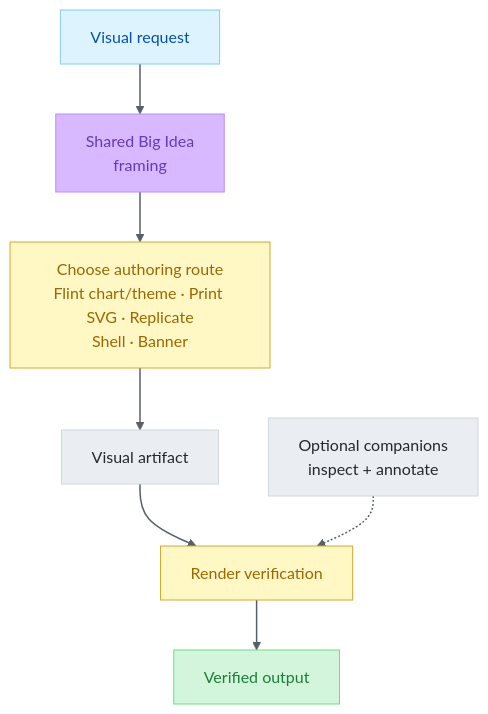
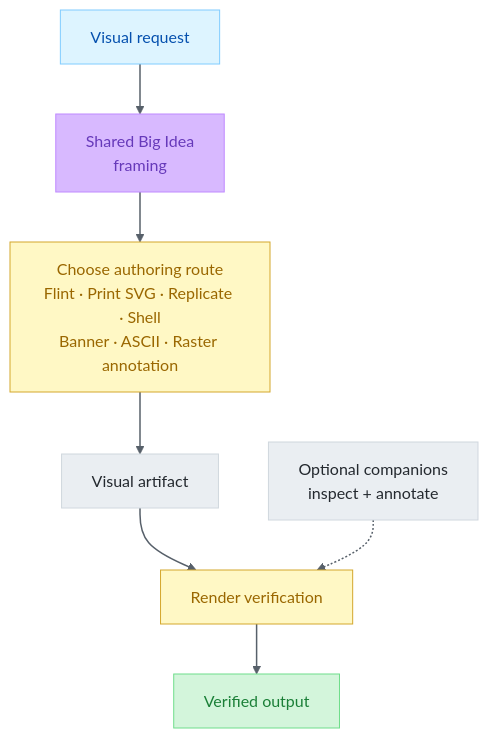
The diagram in README.md (fabioc-aloha/Alex_ACT_Illustrator_Plugin), drawn with Mermaid before and after one commit. The commit also changed other lines of this file and 10 other files, not shown here.

````diff
--- a/README.md
+++ b/README.md
@@ -58,21 +59,21 @@
 ```mermaid
 %%{init: {"theme":"base","themeVariables":{"edgeLabelBackground":"#ffffff","lineColor":"#57606a","primaryColor":"#ddf4ff"}}}%%
 flowchart TB
     A["Visual request"]:::blue
     B["Shared Big Idea<br/>framing"]:::purple
-  C["Choose authoring route<br/>Flint chart/theme · Print SVG · Replicate<br/>Shell · Banner"]:::gold
+    C["Choose authoring route<br/>Flint · Print SVG · Replicate · Shell<br/>Banner · ASCII · Raster annotation"]:::gold
     G["Visual artifact"]:::neutral
     H["Render verification"]:::gold
     I["Verified output"]:::green
     J["Optional companions<br/>inspect + annotate"]:::neutral
 
   A --> B --> C --> G --> H --> I
     J -.-> H
 
     classDef blue fill:#ddf4ff,stroke:#80ccff,color:#0550ae
     classDef green fill:#d3f5db,stroke:#6fdd8b,color:#1a7f37
     classDef purple fill:#d8b9ff,stroke:#bf8aff,color:#6639ba
     classDef gold fill:#fff8c5,stroke:#d4a72c,color:#9a6700
     classDef neutral fill:#eaeef2,stroke:#d0d7de,color:#24292f
     linkStyle default stroke:#57606a,stroke-width:1.5px
 ```
````
